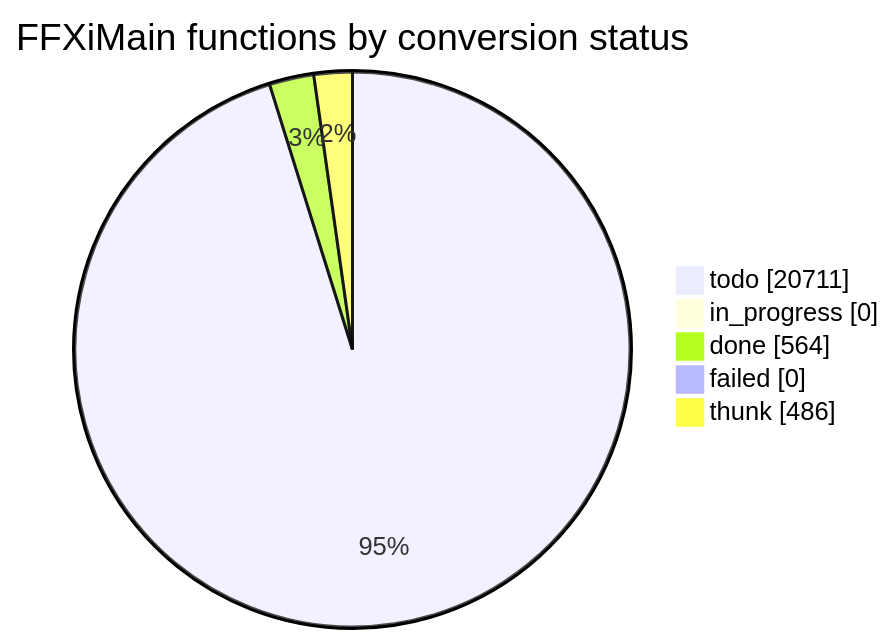
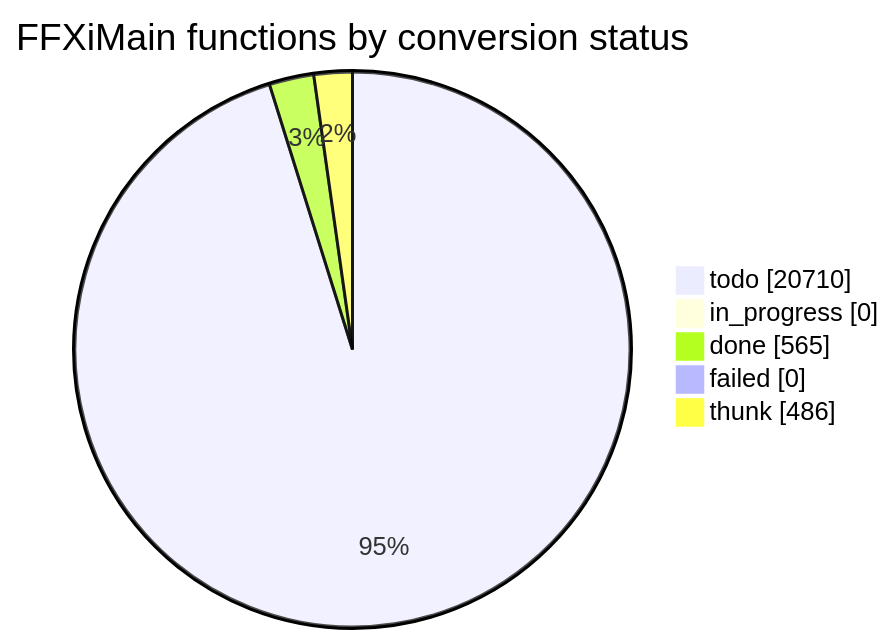
The diagram in docs/cow/STATUS.md (cowrevenge/cow_kuluu_xi_anything), drawn with Mermaid before and after one commit. The commit also changed other lines of this file and 9 other files, not shown here.

````diff
--- a/docs/cow/STATUS.md
+++ b/docs/cow/STATUS.md
@@ -18,9 +18,9 @@
 ```mermaid
 pie showData
     title FFXiMain functions by conversion status
-    "todo" : 20711
+    "todo" : 20710
     "in_progress" : 0
-    "done" : 564
+    "done" : 565
     "failed" : 0
     "thunk" : 486
 ```
````
